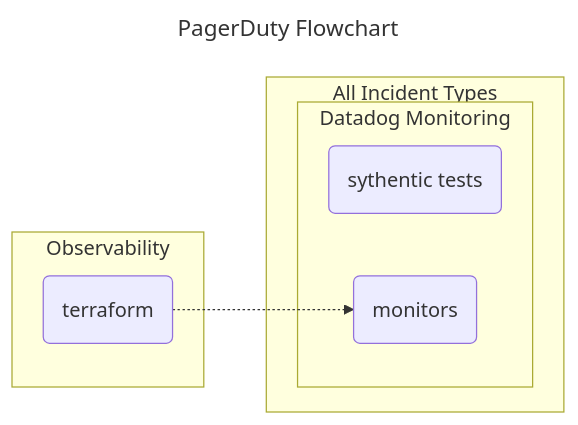
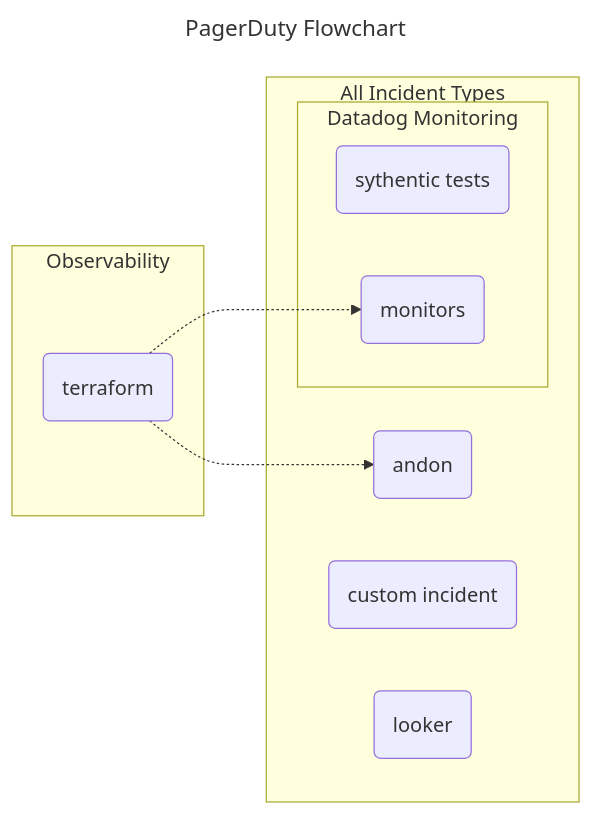
The diagram in diagrams/diagram2.mmd (jessicahirsch/Mermaid-Diagrams), drawn with Mermaid before and after one commit.

Commit message:
feat: complete the All Incident Types subgraph:

```diff
--- a/diagrams/diagram2.mmd
+++ b/diagrams/diagram2.mmd
@@ -1,18 +1,22 @@
 ---
 title: PagerDuty Flowchart
 ---
 flowchart LR
 
 subgraph Observability
     A(terraform)
 end
 
 subgraph All Incident Types
     subgraph Datadog Monitoring
         B(sythentic tests)
         A(terraform)-.->C(monitors)
     end
+    D(andon)
+    A(terraform)-.->D(andon)
+    E(custom incident)
+    F(looker)
 end
 
 %% style A fill:#f9f,stroke:#333,stroke-width:4px
 %% style Observability font-weight:bold
```
